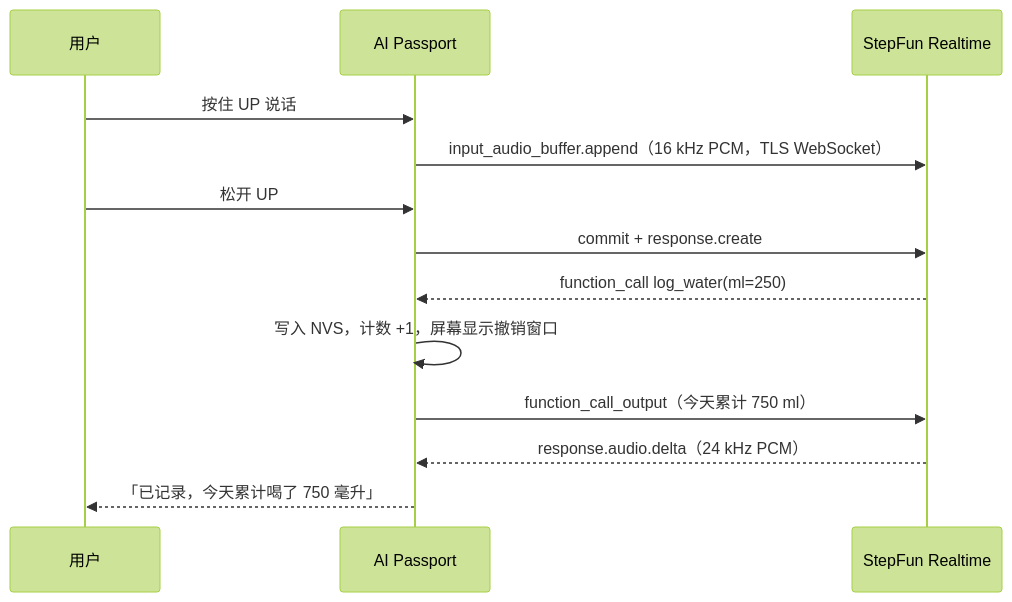
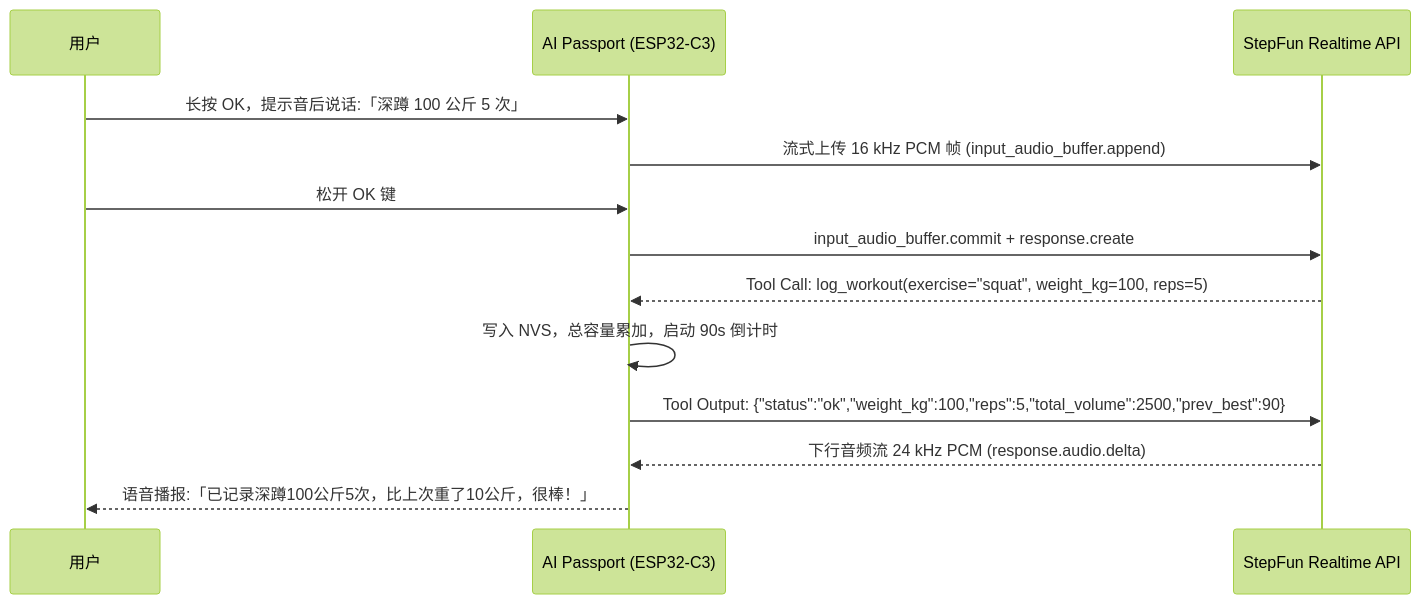
One commit to iFwu/passport-health-buddy changed the diagram in docs/health-companion.zh_CN.md. Above: the diagram before and after it, drawn with Mermaid (forest theme). The commit also changed other lines of this file and 70 other files, not shown here.

````diff
--- a/docs/health-companion.zh_CN.md
+++ b/docs/health-companion.zh_CN.md
@@ -130,15 +143,15 @@
 ```mermaid
 sequenceDiagram
-    participant U as 用户
-    participant D as AI Passport
-    participant S as StepFun Realtime
-    U->>D: 按住 UP 说话
-    D->>S: input_audio_buffer.append（16 kHz PCM，TLS WebSocket）
-    U->>D: 松开 UP
-    D->>S: commit + response.create
-    S-->>D: function_call log_water(ml=250)
-    D->>D: 写入 NVS，计数 +1，屏幕显示撤销窗口
-    D->>S: function_call_output（今天累计 750 ml）
-    S-->>D: response.audio.delta（24 kHz PCM）
-    D-->>U: 「已记录，今天累计喝了 750 毫升」
+    participant User as 用户
+    participant Device as AI Passport (ESP32-C3)
+    participant StepFun as StepFun Realtime API
+    User->>Device: 长按 OK，提示音后说话:「深蹲 100 公斤 5 次」
+    Device->>StepFun: 流式上传 16 kHz PCM 帧 (input_audio_buffer.append)
+    User->>Device: 松开 OK 键
+    Device->>StepFun: input_audio_buffer.commit + response.create
+    StepFun-->>Device: Tool Call: log_workout(exercise="squat", weight_kg=100, reps=5)
+    Device->>Device: 写入 NVS，总容量累加，启动 90s 倒计时
+    Device->>StepFun: Tool Output: {"status":"ok","weight_kg":100,"reps":5,"total_volume":2500,"prev_best":90}
+    StepFun-->>Device: 下行音频流 24 kHz PCM (response.audio.delta)
+    Device-->>User: 语音播报:「已记录深蹲100公斤5次，比上次重了10公斤，很棒！」
 ```
````
